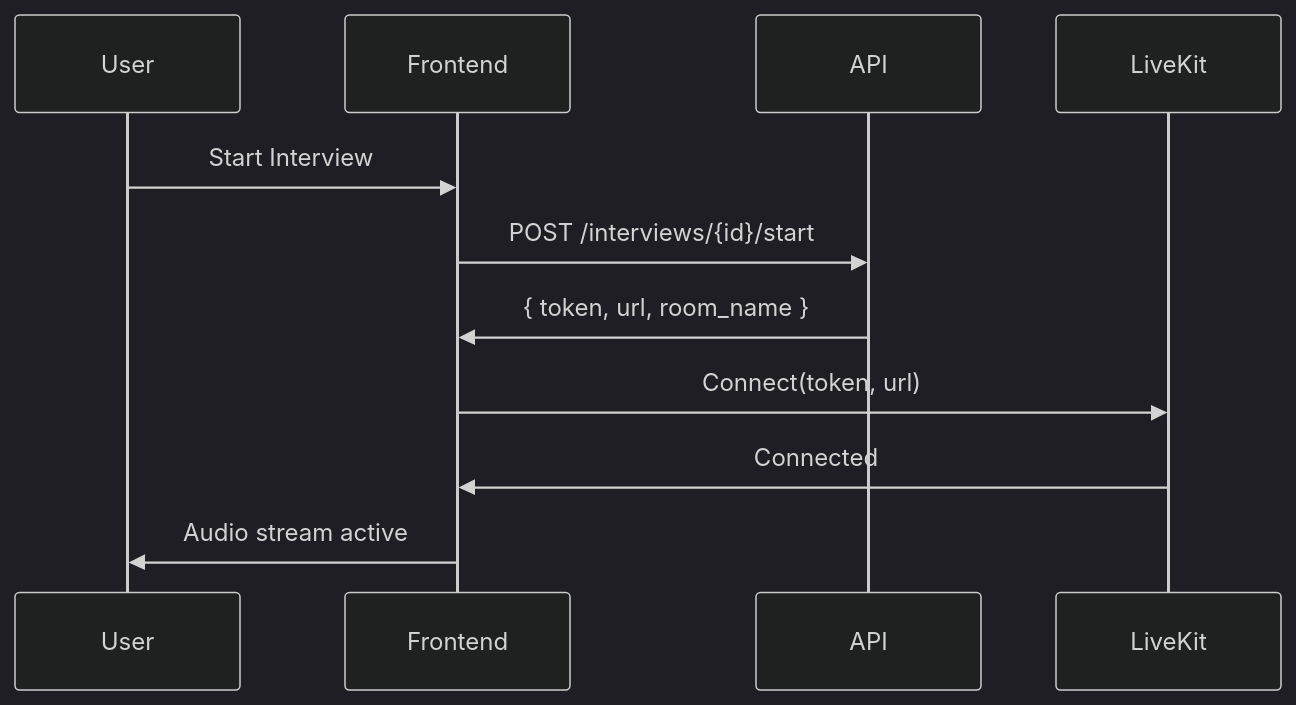
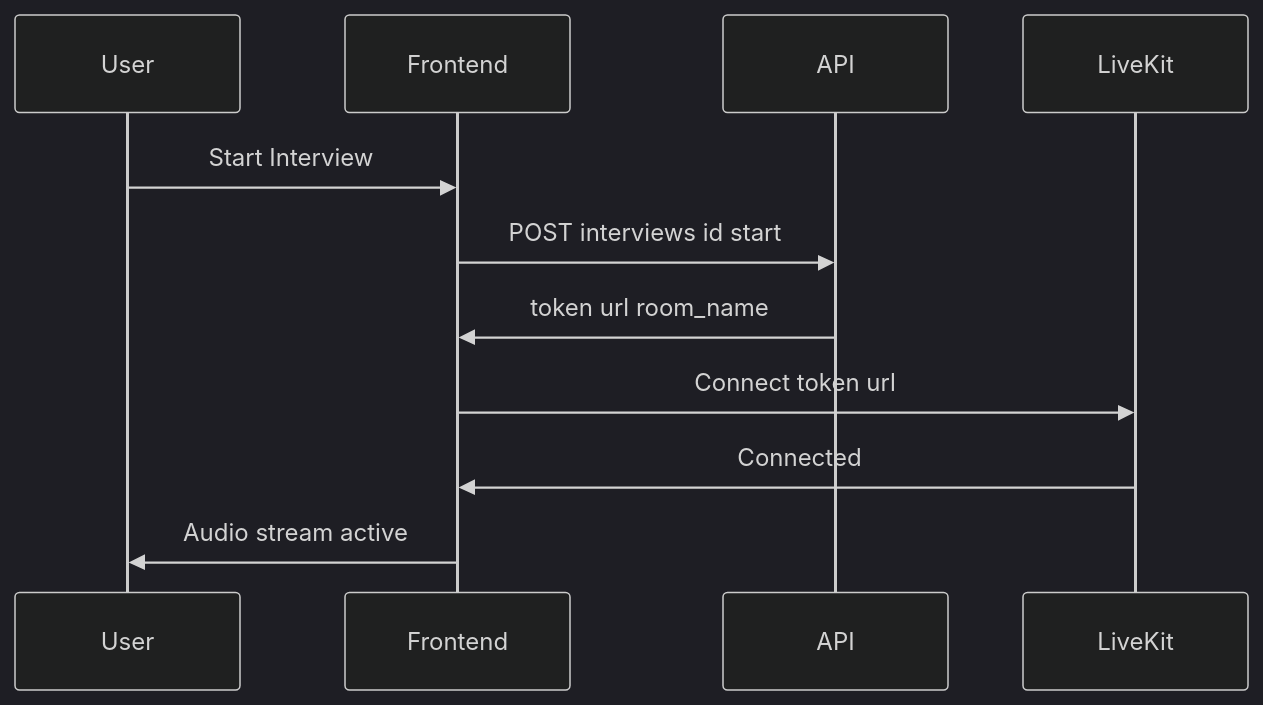
The second of 3 diagrams in docs/FRONTEND.md (StephaneWamba/InterviewLab), drawn with Mermaid (dark theme) before and after one commit. The commit also changed other lines of this file and 6 other files, not shown here.

Commit message:
Add concise explanations between diagrams in documentation - show deep system knowledge

````diff
--- a/docs/FRONTEND.md
+++ b/docs/FRONTEND.md
@@ -117,14 +119,14 @@
 ```mermaid
 sequenceDiagram
     participant U as User
     participant F as Frontend
     participant A as API
     participant LK as LiveKit
 
     U->>F: Start Interview
-    F->>A: POST /interviews/{id}/start
-    A->>F: { token, url, room_name }
-    F->>LK: Connect(token, url)
+    F->>A: POST interviews id start
+    A->>F: token url room_name
+    F->>LK: Connect token url
     LK->>F: Connected
     F->>U: Audio stream active
 ```
````
